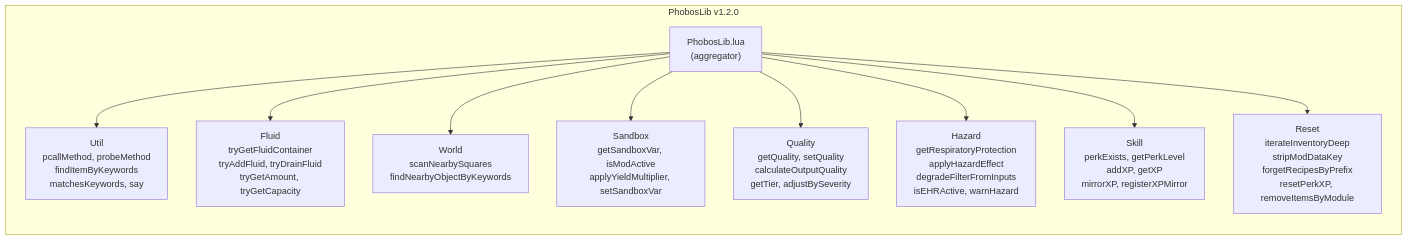
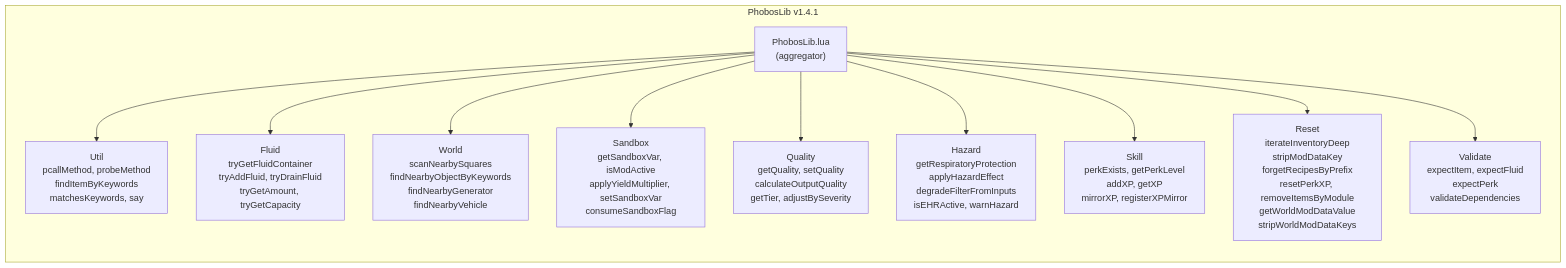
Before and after one commit to phobos-dthorga/mod-pz-phobos-lib: the diagram in docs/mermaid-src/phoboslib-modules.mmd, drawn with Mermaid. The commit also changed 8 other files, not shown here.

Commit message:
feat: add consumeSandboxFlag for persistent one-shot sandbox option reset

```diff
--- a/docs/mermaid-src/phoboslib-modules.mmd
+++ b/docs/mermaid-src/phoboslib-modules.mmd
@@ -1,29 +1,32 @@
 graph LR
-    subgraph LIB["PhobosLib v1.2.0"]
+    subgraph LIB["PhobosLib v1.4.1"]
         INIT["PhobosLib.lua<br/>(aggregator)"]
 
         UTIL["Util<br/>pcallMethod, probeMethod<br/>findItemByKeywords<br/>matchesKeywords, say"]
 
         FLUID["Fluid<br/>tryGetFluidContainer<br/>tryAddFluid, tryDrainFluid<br/>tryGetAmount, tryGetCapacity"]
 
-        WORLD["World<br/>scanNearbySquares<br/>findNearbyObjectByKeywords"]
+        WORLD["World<br/>scanNearbySquares<br/>findNearbyObjectByKeywords<br/>findNearbyGenerator<br/>findNearbyVehicle"]
 
-        SANDBOX["Sandbox<br/>getSandboxVar, isModActive<br/>applyYieldMultiplier, setSandboxVar"]
+        SANDBOX["Sandbox<br/>getSandboxVar, isModActive<br/>applyYieldMultiplier, setSandboxVar<br/>consumeSandboxFlag"]
 
         QUALITY["Quality<br/>getQuality, setQuality<br/>calculateOutputQuality<br/>getTier, adjustBySeverity"]
 
         HAZ["Hazard<br/>getRespiratoryProtection<br/>applyHazardEffect<br/>degradeFilterFromInputs<br/>isEHRActive, warnHazard"]
 
         SKL["Skill<br/>perkExists, getPerkLevel<br/>addXP, getXP<br/>mirrorXP, registerXPMirror"]
 
-        RST["Reset<br/>iterateInventoryDeep<br/>stripModDataKey<br/>forgetRecipesByPrefix<br/>resetPerkXP, removeItemsByModule"]
+        RST["Reset<br/>iterateInventoryDeep<br/>stripModDataKey<br/>forgetRecipesByPrefix<br/>resetPerkXP, removeItemsByModule<br/>getWorldModDataValue<br/>stripWorldModDataKeys"]
+
+        VAL["Validate<br/>expectItem, expectFluid<br/>expectPerk<br/>validateDependencies"]
     end
 
     INIT --> UTIL
     INIT --> FLUID
     INIT --> WORLD
     INIT --> SANDBOX
     INIT --> QUALITY
     INIT --> HAZ
     INIT --> SKL
     INIT --> RST
+    INIT --> VAL
```
